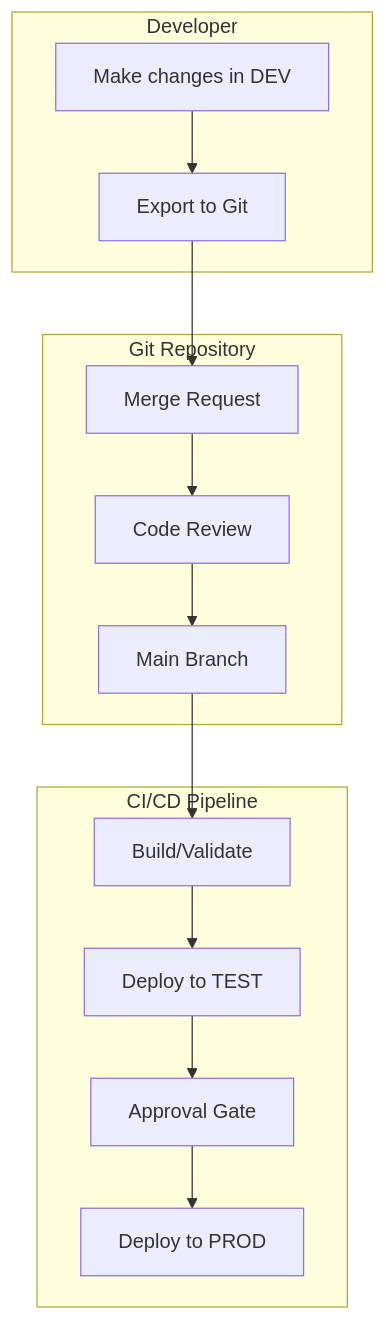
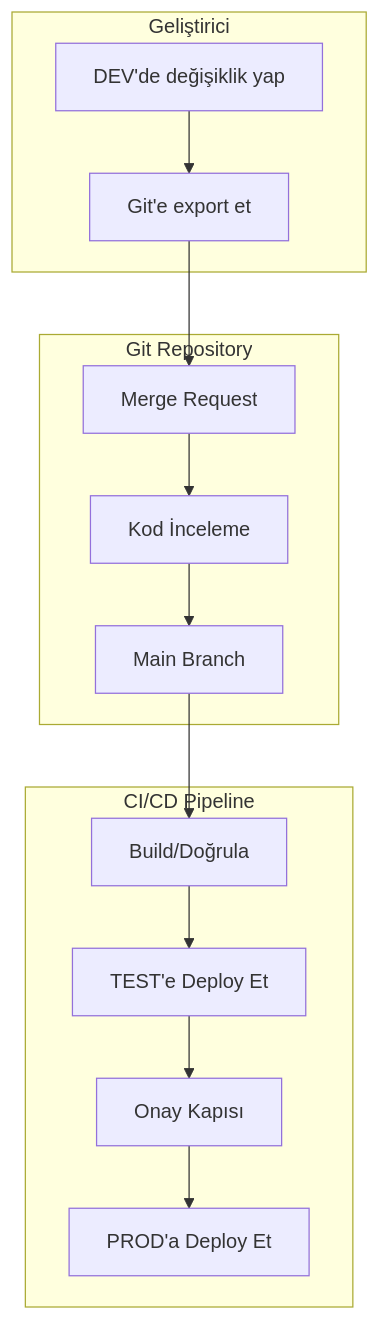
One commit to beyhanmeyrali/sap-all changed the fourth of 9 diagrams in Technical Tutorials/BTP/TR/chapters/11-agent-lifecycle.md. Above: the diagram before and after it, drawn with Mermaid. The commit also changed other lines of this file and 11 other files, not shown here.

````diff
--- a/Technical Tutorials/BTP/TR/chapters/11-agent-lifecycle.md
+++ b/Technical Tutorials/BTP/TR/chapters/11-agent-lifecycle.md
@@ -118,29 +118,29 @@
 ```mermaid
 flowchart TD
-    subgraph "Developer"
-        DEV[Make changes in DEV]
-        EXP[Export to Git]
+    subgraph "Geliştirici"
+        DEV[DEV'de değişiklik yap]
+        EXP[Git'e export et]
     end
 
     subgraph "Git Repository"
         MR[Merge Request]
-        REV[Code Review]
+        REV[Kod İnceleme]
         MAIN[Main Branch]
     end
 
     subgraph "CI/CD Pipeline"
-        BUILD[Build/Validate]
-        TEST[Deploy to TEST]
-        APPROVE[Approval Gate]
-        DEPLOY[Deploy to PROD]
+        BUILD[Build/Doğrula]
+        TEST[TEST'e Deploy Et]
+        APPROVE[Onay Kapısı]
+        DEPLOY[PROD'a Deploy Et]
     end
 
     DEV --> EXP
     EXP --> MR
     MR --> REV
     REV --> MAIN
     MAIN --> BUILD
     BUILD --> TEST
     TEST --> APPROVE
     APPROVE --> DEPLOY
 ```
````
